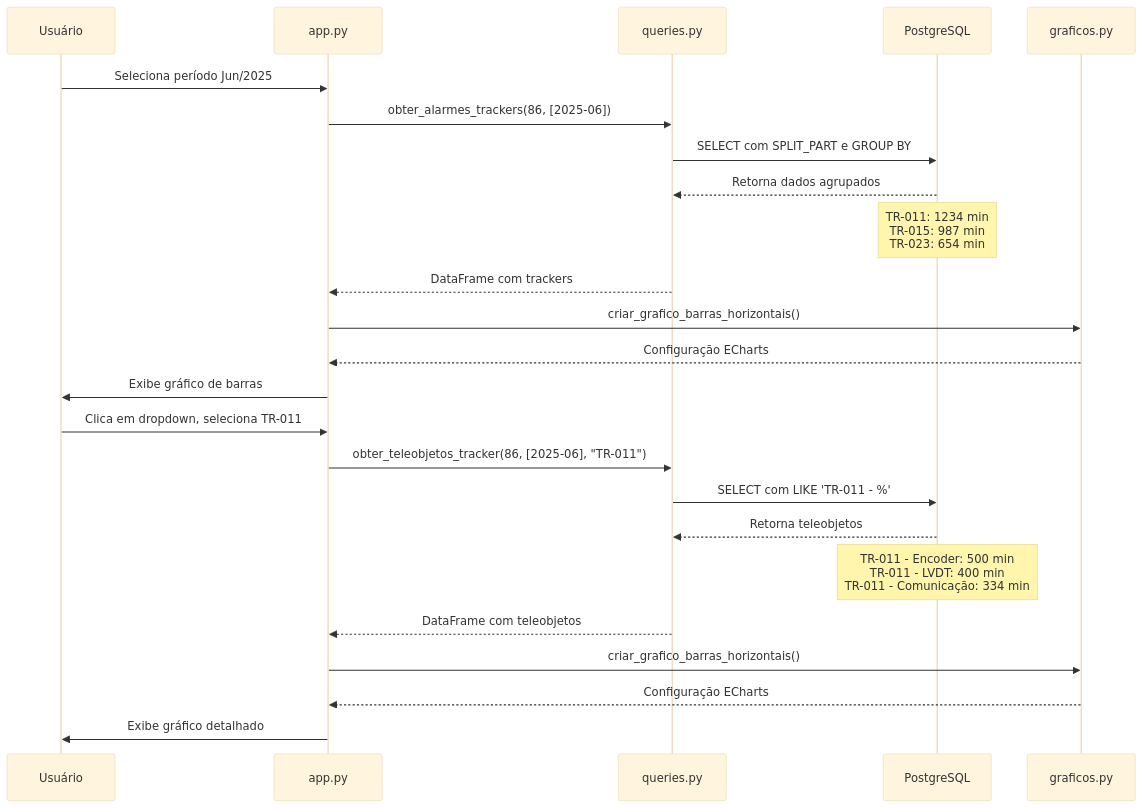
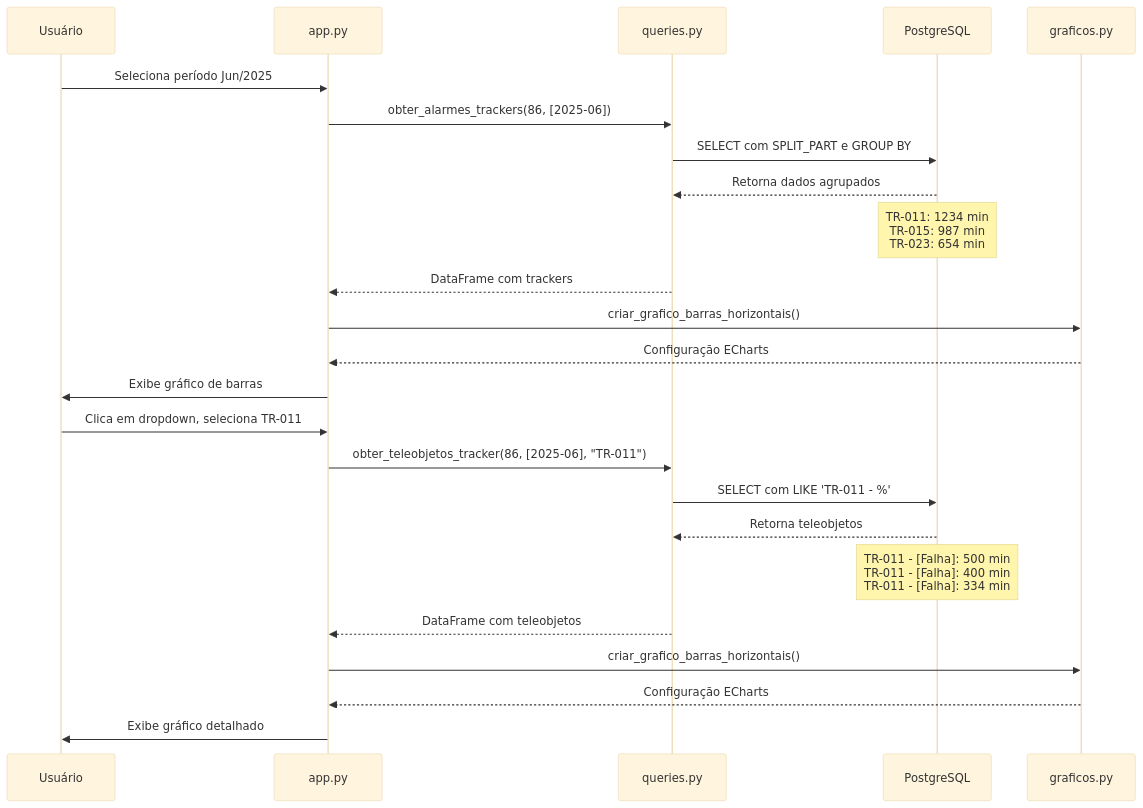
Before and after one commit to arthurvtl/ncu-tracker-teleobj-desenv: the fourth of 4 diagrams in IMPLEMENTACAO_NCU_TRACKERS.md, drawn with Mermaid (base theme). The commit also changed other lines of this file, not shown here.

````diff
--- a/IMPLEMENTACAO_NCU_TRACKERS.md
+++ b/IMPLEMENTACAO_NCU_TRACKERS.md
@@ -820,32 +820,32 @@
 ```mermaid
 sequenceDiagram
     participant U as Usuário
     participant App as app.py
     participant Q as queries.py
     participant DB as PostgreSQL
     participant V as graficos.py
     
     U->>App: Seleciona período Jun/2025
     App->>Q: obter_alarmes_trackers(86, [2025-06])
     Q->>DB: SELECT com SPLIT_PART e GROUP BY
     DB-->>Q: Retorna dados agrupados
     
     Note over DB: TR-011: 1234 min<br/>TR-015: 987 min<br/>TR-023: 654 min
     
     Q-->>App: DataFrame com trackers
     App->>V: criar_grafico_barras_horizontais()
     V-->>App: Configuração ECharts
     App->>U: Exibe gráfico de barras
     
     U->>App: Clica em dropdown, seleciona TR-011
     App->>Q: obter_teleobjetos_tracker(86, [2025-06], "TR-011")
     Q->>DB: SELECT com LIKE 'TR-011 - %'
     DB-->>Q: Retorna teleobjetos
     
-    Note over DB: TR-011 - Encoder: 500 min<br/>TR-011 - LVDT: 400 min<br/>TR-011 - Comunicação: 334 min
+    Note over DB: TR-011 - [Falha]: 500 min<br/>TR-011 - [Falha]: 400 min<br/>TR-011 - [Falha]: 334 min
     
     Q-->>App: DataFrame com teleobjetos
     App->>V: criar_grafico_barras_horizontais()
     V-->>App: Configuração ECharts
     App->>U: Exibe gráfico detalhado
 ```
````
